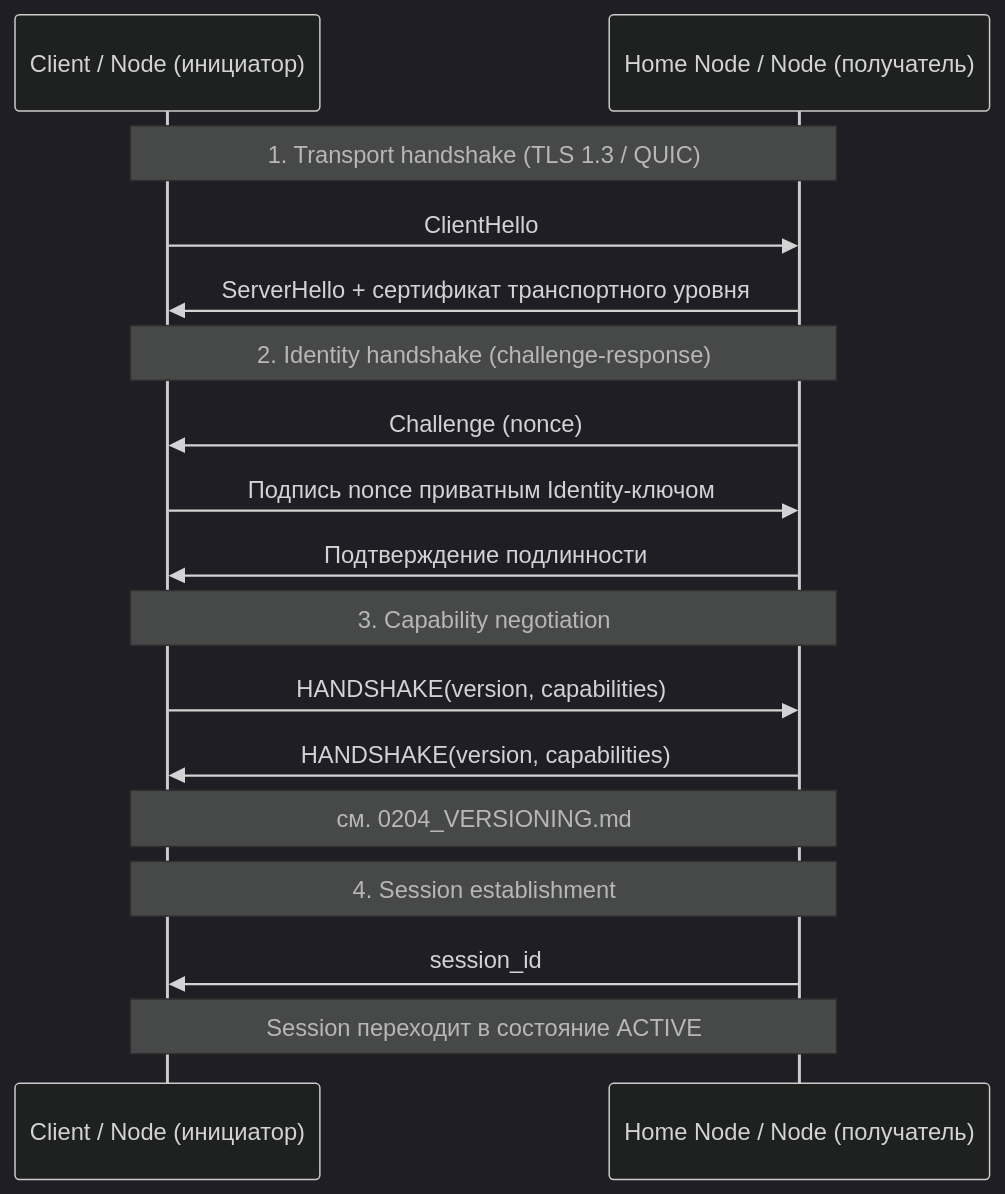
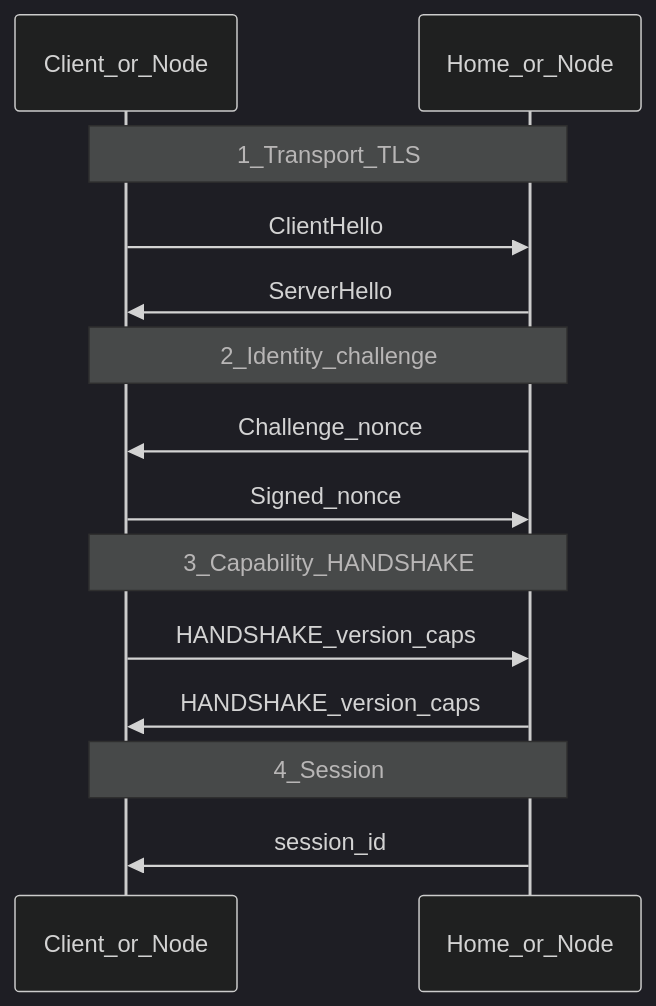
One commit to Flexbcc/messenger-v2 changed the first of 2 diagrams in spec/0200_PROTOCOL.md. Above: the diagram before and after it, drawn with Mermaid (dark theme). The commit also changed other lines of this file and 227 other files, not shown here.

````diff
--- a/spec/0200_PROTOCOL.md
+++ b/spec/0200_PROTOCOL.md
@@ -29,20 +50,16 @@
 ```mermaid
 sequenceDiagram
-    participant C as Client / Node (инициатор)
-    participant S as Home Node / Node (получатель)
-
-    Note over C,S: 1. Transport handshake (TLS 1.3 / QUIC)
-    C->>S: ClientHello
-    S->>C: ServerHello + сертификат транспортного уровня
-    Note over C,S: 2. Identity handshake (challenge-response)
-    S->>C: Challenge (nonce)
-    C->>S: Подпись nonce приватным Identity-ключом
-    S->>C: Подтверждение подлинности
-    Note over C,S: 3. Capability negotiation
-    C->>S: HANDSHAKE(version, capabilities)
-    S->>C: HANDSHAKE(version, capabilities)
-    Note over C,S: см. 0204_VERSIONING.md
-    Note over C,S: 4. Session establishment
-    S->>C: session_id
-    Note over C,S: Session переходит в состояние ACTIVE
+  participant C as Client_or_Node
+  participant S as Home_or_Node
+  Note over C,S: 1_Transport_TLS
+  C->>S: ClientHello
+  S->>C: ServerHello
+  Note over C,S: 2_Identity_challenge
+  S->>C: Challenge_nonce
+  C->>S: Signed_nonce
+  Note over C,S: 3_Capability_HANDSHAKE
+  C->>S: HANDSHAKE_version_caps
+  S->>C: HANDSHAKE_version_caps
+  Note over C,S: 4_Session
+  S->>C: session_id
 ```
````
